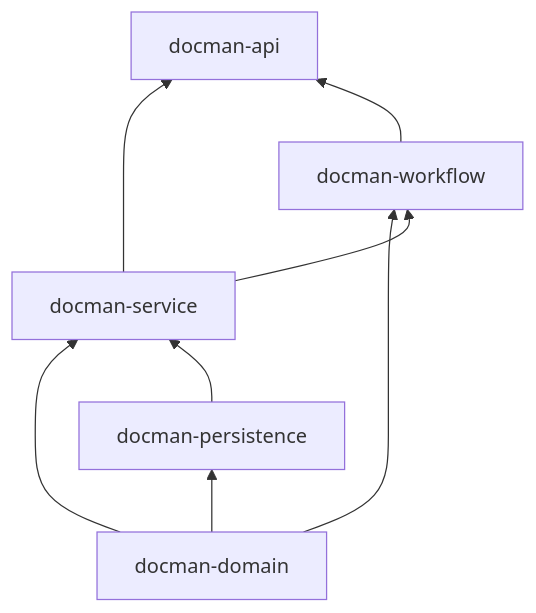
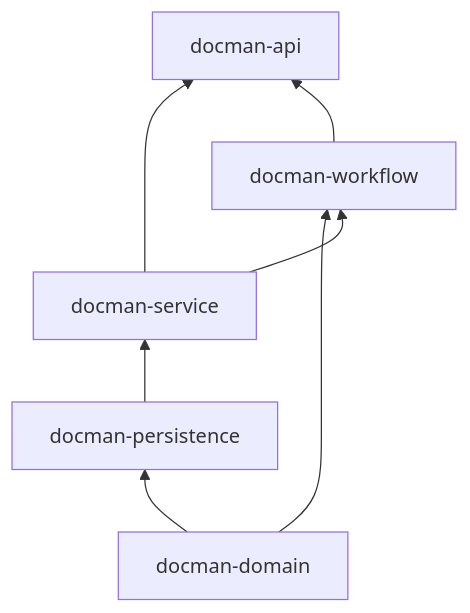
The second of 4 diagrams in docs/ARCHITECTURE.md (kamranzafar/docman-ai), drawn with Mermaid before and after one commit. The commit also changed 1 other file, not shown here.

Commit message:
fixed module dependency

````diff
--- a/docs/ARCHITECTURE.md
+++ b/docs/ARCHITECTURE.md
@@ -46,10 +46,9 @@
 ```mermaid
 flowchart BT
     domain[docman-domain] --> persistence[docman-persistence]
-    domain --> service[docman-service]
-    persistence --> service
+    persistence --> service[docman-service]
     domain --> workflow[docman-workflow]
     service --> workflow
     service --> api[docman-api]
     workflow --> api
 ```
````
